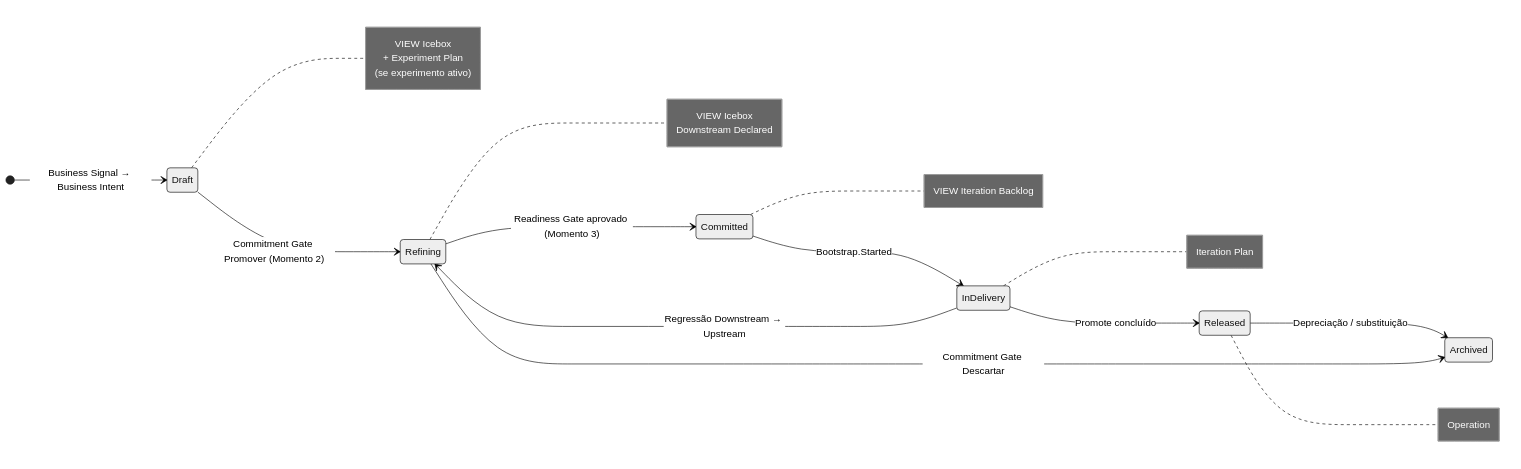
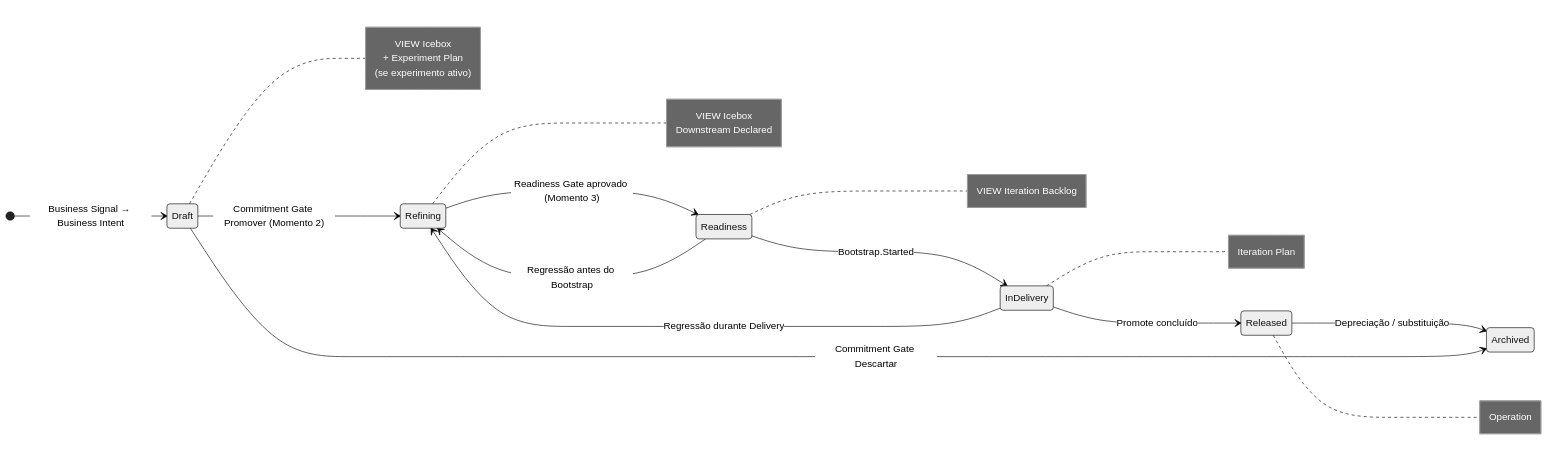
Before and after one commit to produtoreativo/from-intent-to-outcome: the first of 2 diagrams in capitulo-08.md, drawn with Mermaid (neutral theme). The commit also changed other lines of this file and 12 other files, not shown here.

First line of the commit message:
refactor: renomeia estado OBC Committed → Readiness em PT e EN

````diff
--- a/capitulo-08.md
+++ b/capitulo-08.md
@@ -46,31 +46,32 @@
 ```mermaid
 stateDiagram-v2
     direction LR
     [*] --> Draft : Business Signal → Business Intent
     Draft --> Refining : Commitment Gate Promover (Momento 2)
-    Refining --> Committed : Readiness Gate aprovado (Momento 3)
-    Committed --> InDelivery : Bootstrap.Started
+    Refining --> Readiness : Readiness Gate aprovado (Momento 3)
+    Readiness --> InDelivery : Bootstrap.Started
     InDelivery --> Released : Promote concluído
     Released --> Archived : Depreciação / substituição
-    Refining --> Archived : Commitment Gate Descartar
-    InDelivery --> Refining : Regressão Downstream → Upstream
+    Draft --> Archived : Commitment Gate Descartar
+    Readiness --> Refining : Regressão antes do Bootstrap
+    InDelivery --> Refining : Regressão durante Delivery
 
     note right of Draft
         VIEW Icebox
         + Experiment Plan
         (se experimento ativo)
     end note
     note right of Refining
         VIEW Icebox
         Downstream Declared
     end note
-    note right of Committed
+    note right of Readiness
         VIEW Iteration Backlog
     end note
     note right of InDelivery
         Iteration Plan
     end note
     note right of Released
         Operation
     end note
 ```
````
